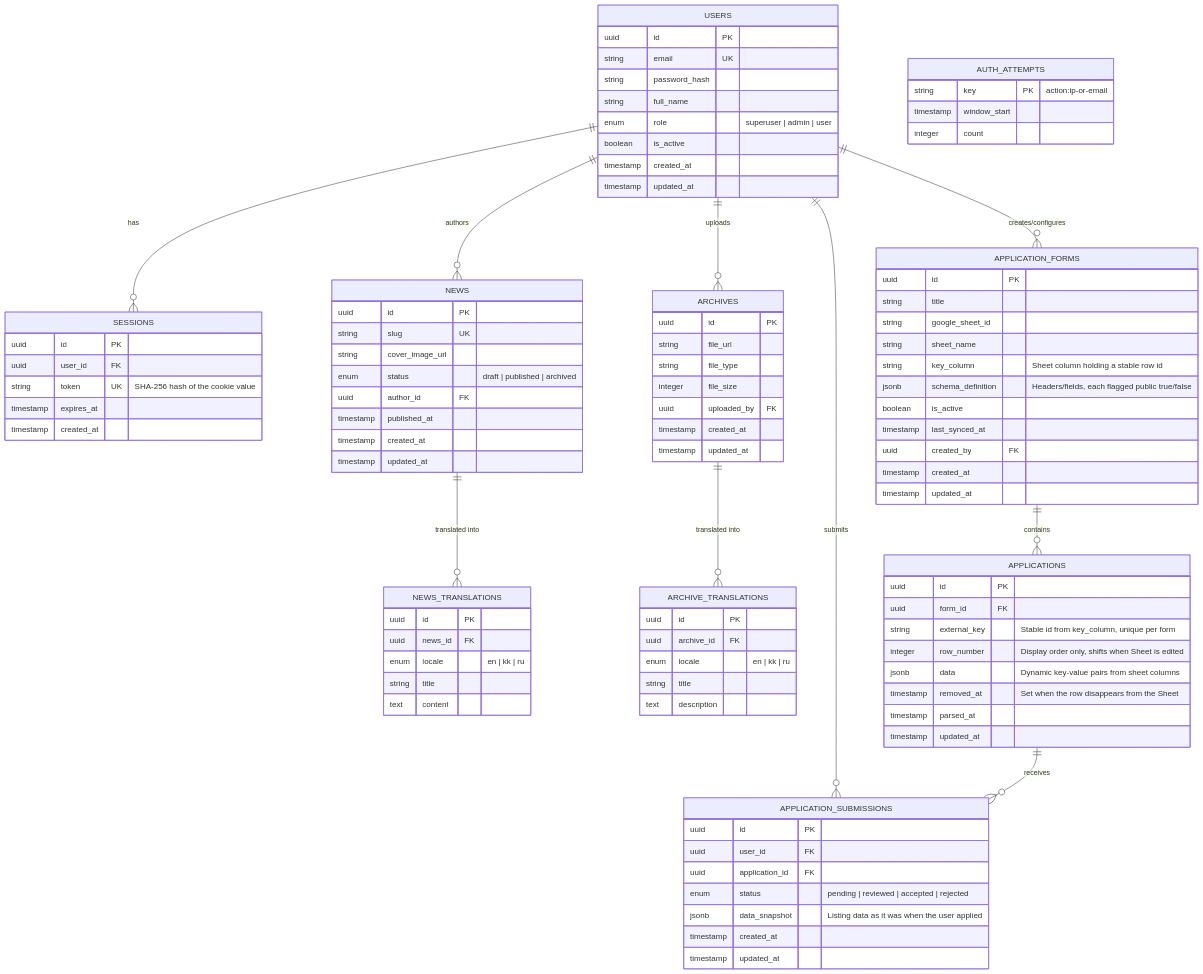
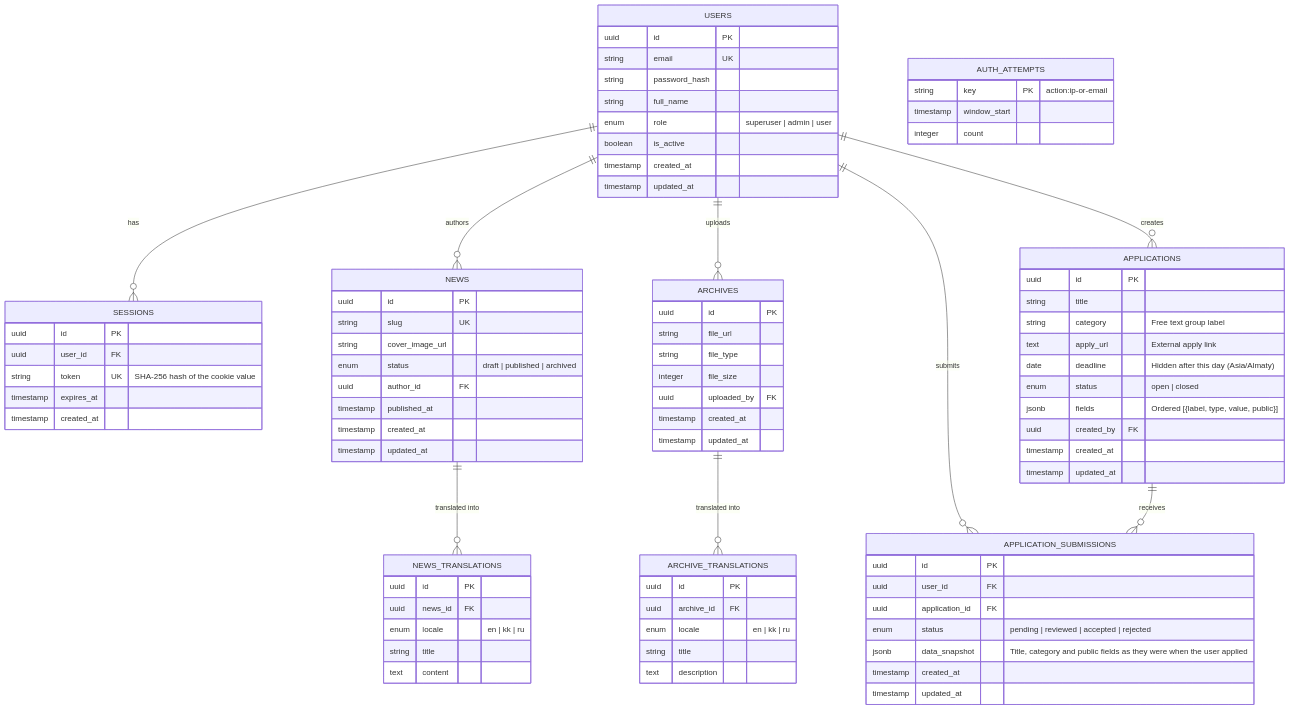
One commit to nurzhqn0/next-galym changed the diagram in docs/ERD.mermaid. Above: the diagram before and after it, drawn with Mermaid. The commit also changed 3 other files, not shown here.

```diff
--- a/docs/ERD.mermaid
+++ b/docs/ERD.mermaid
@@ -1,112 +1,99 @@
 erDiagram
     %% USER & AUTHORIZATION
     USERS {
         uuid id PK
         string email UK
         string password_hash
         string full_name
         enum role "superuser | admin | user"
         boolean is_active
         timestamp created_at
         timestamp updated_at
     }
 
     SESSIONS {
         uuid id PK
         uuid user_id FK
         string token UK "SHA-256 hash of the cookie value"
         timestamp expires_at
         timestamp created_at
     }
 
     AUTH_ATTEMPTS {
         string key PK "action:ip-or-email"
         timestamp window_start
         integer count
     }
 
     %% NEWS MANAGEMENT
     NEWS {
         uuid id PK
         string slug UK
         string cover_image_url
         enum status "draft | published | archived"
         uuid author_id FK
         timestamp published_at
         timestamp created_at
         timestamp updated_at
     }
 
     NEWS_TRANSLATIONS {
         uuid id PK
         uuid news_id FK
         enum locale "en | kk | ru"
         string title
         text content
     }
 
     %% ARCHIVES MANAGEMENT
     ARCHIVES {
         uuid id PK
         string file_url
         string file_type
         integer file_size
         uuid uploaded_by FK
         timestamp created_at
         timestamp updated_at
     }
 
     ARCHIVE_TRANSLATIONS {
         uuid id PK
         uuid archive_id FK
         enum locale "en | kk | ru"
         string title
         text description
     }
 
-    %% DYNAMIC GOOGLE SHEETS APPLICATIONS
-    APPLICATION_FORMS {
+    %% ADMIN-MANAGED APPLICATIONS
+    APPLICATIONS {
         uuid id PK
         string title
-        string google_sheet_id
-        string sheet_name
-        string key_column "Sheet column holding a stable row id"
-        jsonb schema_definition "Headers/fields, each flagged public true/false"
-        boolean is_active
-        timestamp last_synced_at
+        string category "Free text group label"
+        text apply_url "External apply link"
+        date deadline "Hidden after this day (Asia/Almaty)"
+        enum status "open | closed"
+        jsonb fields "Ordered [{label, type, value, public}]"
         uuid created_by FK
         timestamp created_at
-        timestamp updated_at
-    }
-
-    APPLICATIONS {
-        uuid id PK
-        uuid form_id FK
-        string external_key "Stable id from key_column, unique per form"
-        integer row_number "Display order only, shifts when Sheet is edited"
-        jsonb data "Dynamic key-value pairs from sheet columns"
-        timestamp removed_at "Set when the row disappears from the Sheet"
-        timestamp parsed_at
         timestamp updated_at
     }
 
     APPLICATION_SUBMISSIONS {
         uuid id PK
         uuid user_id FK
         uuid application_id FK
         enum status "pending | reviewed | accepted | rejected"
-        jsonb data_snapshot "Listing data as it was when the user applied"
+        jsonb data_snapshot "Title, category and public fields as they were when the user applied"
         timestamp created_at
         timestamp updated_at
     }
 
     %% RELATIONSHIPS
     USERS ||--o{ SESSIONS : "has"
     USERS ||--o{ NEWS : "authors"
     USERS ||--o{ ARCHIVES : "uploads"
-    USERS ||--o{ APPLICATION_FORMS : "creates/configures"
+    USERS ||--o{ APPLICATIONS : "creates"
     USERS ||--o{ APPLICATION_SUBMISSIONS : "submits"
     NEWS ||--o{ NEWS_TRANSLATIONS : "translated into"
     ARCHIVES ||--o{ ARCHIVE_TRANSLATIONS : "translated into"
-    APPLICATION_FORMS ||--o{ APPLICATIONS : "contains"
     APPLICATIONS ||--o{ APPLICATION_SUBMISSIONS : "receives"
```
